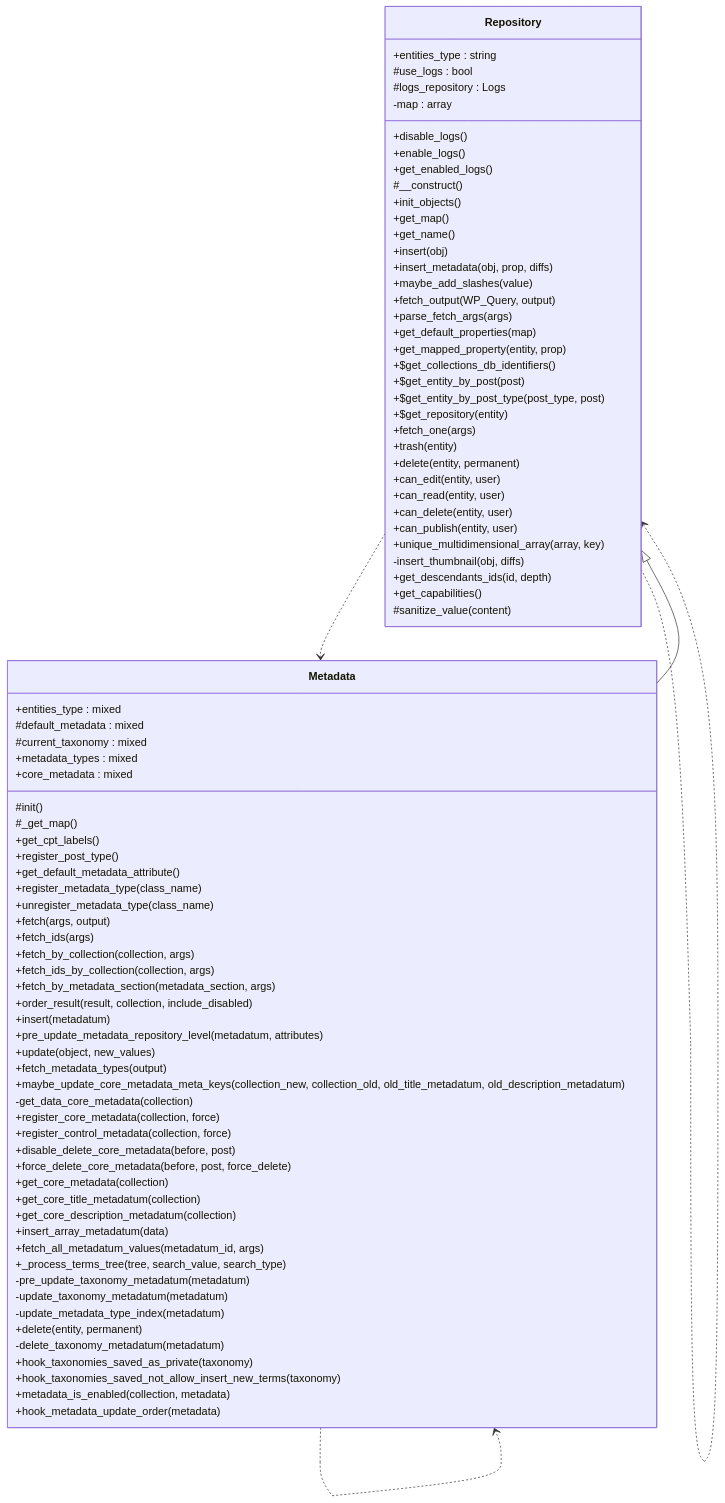
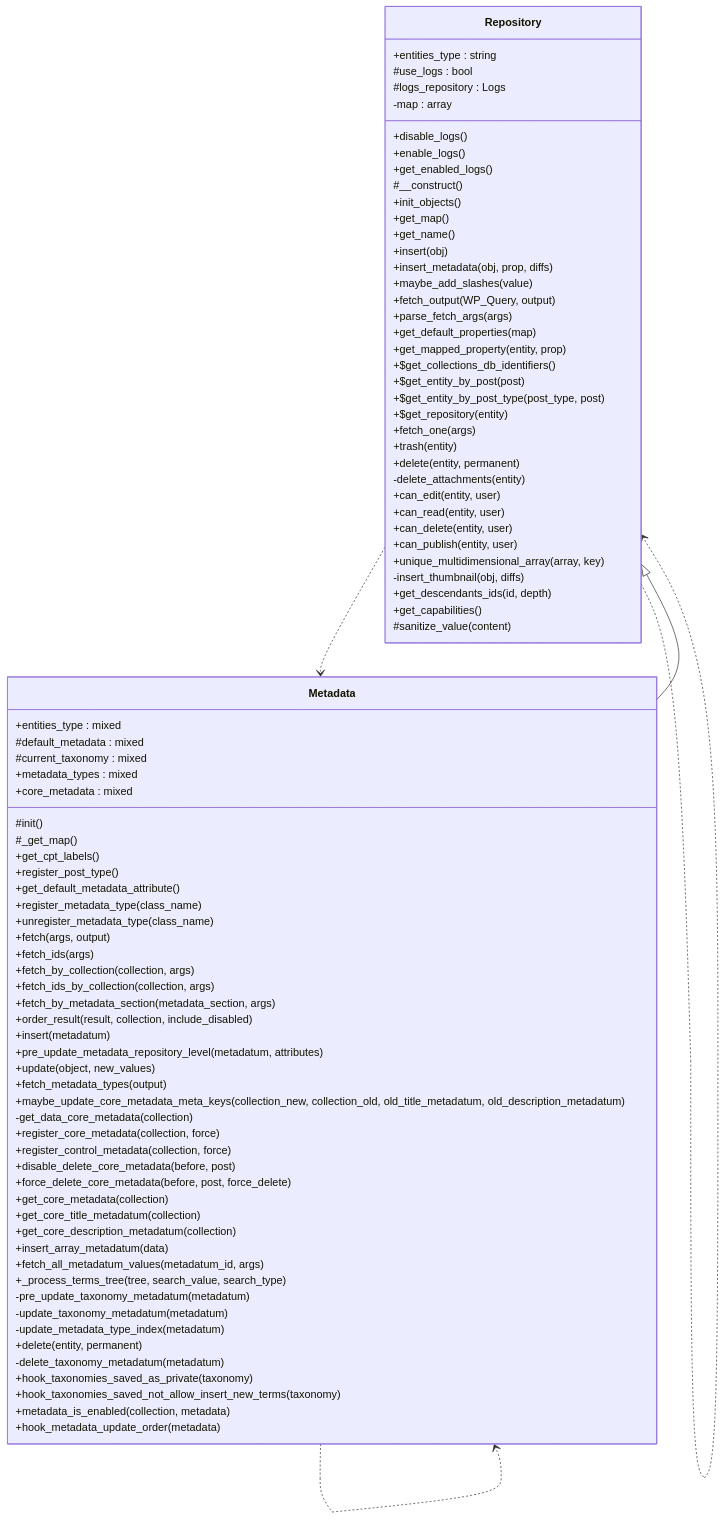
One commit to tainacan/tainacan changed the diagram in docs/phpdoc/classes/Tainacan/Repositories/Metadata.mmd. Above: the diagram before and after it, drawn with Mermaid. The commit also changed 193 other files, not shown here.

```diff
--- a/docs/phpdoc/classes/Tainacan/Repositories/Metadata.mmd
+++ b/docs/phpdoc/classes/Tainacan/Repositories/Metadata.mmd
@@ -1,87 +1,88 @@
 classDiagram
     direction TB
     class Metadata {
         +entities_type : mixed
         #default_metadata : mixed
         #current_taxonomy : mixed
         +metadata_types : mixed
         +core_metadata : mixed
         #init()
         #_get_map()
         +get_cpt_labels()
         +register_post_type()
         +get_default_metadata_attribute()
         +register_metadata_type(class_name)
         +unregister_metadata_type(class_name)
         +fetch(args, output)
         +fetch_ids(args)
         +fetch_by_collection(collection, args)
         +fetch_ids_by_collection(collection, args)
         +fetch_by_metadata_section(metadata_section, args)
         +order_result(result, collection, include_disabled)
         +insert(metadatum)
         +pre_update_metadata_repository_level(metadatum, attributes)
         +update(object, new_values)
         +fetch_metadata_types(output)
         +maybe_update_core_metadata_meta_keys(collection_new, collection_old, old_title_metadatum, old_description_metadatum)
         -get_data_core_metadata(collection)
         +register_core_metadata(collection, force)
         +register_control_metadata(collection, force)
         +disable_delete_core_metadata(before, post)
         +force_delete_core_metadata(before, post, force_delete)
         +get_core_metadata(collection)
         +get_core_title_metadatum(collection)
         +get_core_description_metadatum(collection)
         +insert_array_metadatum(data)
         +fetch_all_metadatum_values(metadatum_id, args)
         +_process_terms_tree(tree, search_value, search_type)
         -pre_update_taxonomy_metadatum(metadatum)
         -update_taxonomy_metadatum(metadatum)
         -update_metadata_type_index(metadatum)
         +delete(entity, permanent)
         -delete_taxonomy_metadatum(metadatum)
         +hook_taxonomies_saved_as_private(taxonomy)
         +hook_taxonomies_saved_not_allow_insert_new_terms(taxonomy)
         +metadata_is_enabled(collection, metadata)
         +hook_metadata_update_order(metadata)
     }
     class Repository {
         +entities_type : string
         #use_logs : bool
         #logs_repository : Logs
         -map : array
         +disable_logs()
         +enable_logs()
         +get_enabled_logs()
         #__construct()
         +init_objects()
         +get_map()
         +get_name()
         +insert(obj)
         +insert_metadata(obj, prop, diffs)
         +maybe_add_slashes(value)
         +fetch_output(WP_Query, output)
         +parse_fetch_args(args)
         +get_default_properties(map)
         +get_mapped_property(entity, prop)
         +$get_collections_db_identifiers()
         +$get_entity_by_post(post)
         +$get_entity_by_post_type(post_type, post)
         +$get_repository(entity)
         +fetch_one(args)
         +trash(entity)
         +delete(entity, permanent)
+        -delete_attachments(entity)
         +can_edit(entity, user)
         +can_read(entity, user)
         +can_delete(entity, user)
         +can_publish(entity, user)
         +unique_multidimensional_array(array, key)
         -insert_thumbnail(obj, diffs)
         +get_descendants_ids(id, depth)
         +get_capabilities()
         #sanitize_value(content)
     }
     Metadata ..> Metadata
     Repository ..> Metadata
     Repository ..> Repository
     Repository <|-- Metadata
```
